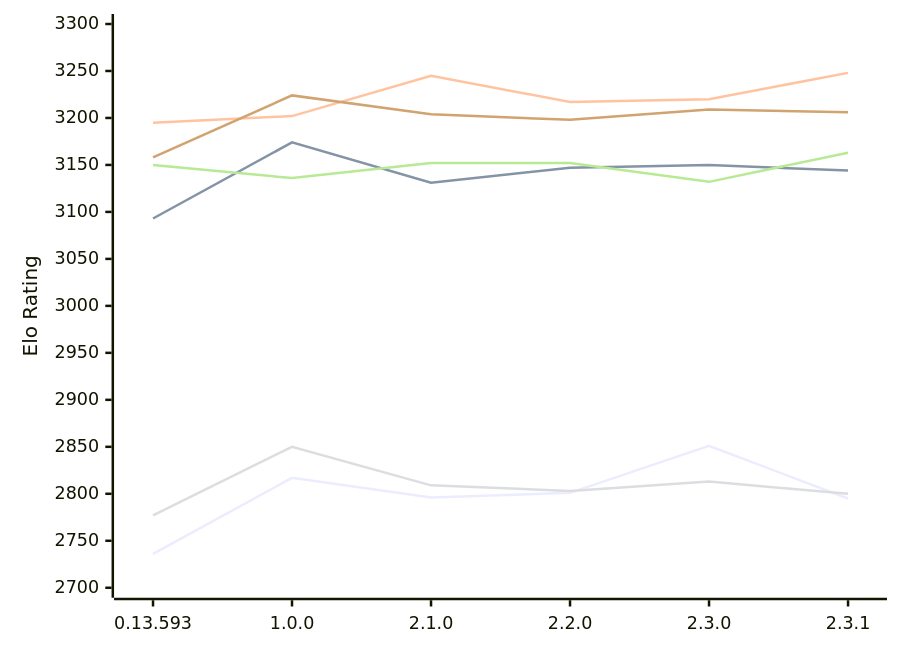
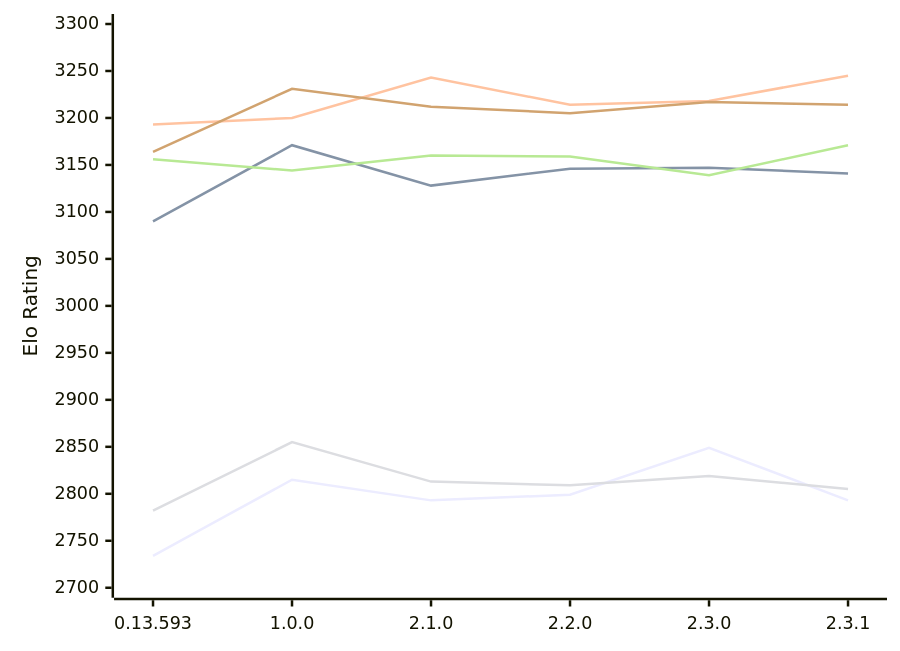
Before and after one commit to computer-chess-index/cci: the diagram in engines/Pawnstar.md, drawn with Mermaid. The commit also changed other lines of this file, not shown here.

Commit message:
Update CCI Ratings (ELO VLTC) - 2026-11-23

````diff
--- a/engines/Pawnstar.md
+++ b/engines/Pawnstar.md
@@ -57,12 +57,12 @@
 ```mermaid
 %%{init: {"theme":"base","themeVariables":{"seriesColors:['#a3a3a3','#222221','#faa371']}}}%%
 xychart-beta
   x-axis ["0.13.593", "1.0.0", "2.1.0", "2.2.0", "2.3.0", "2.3.1"]
   y-axis "Elo Rating" 2700 --> 3300
-  line "E1: STC (8.0+0.08s)" [2736, 2817, 2796, 2801, 2851, 2795]
-  line "E1: LTC (60.0+0.60s)" [3093, 3174, 3131, 3147, 3150, 3144]
-  line "E1: VLTC (2m24s+1.12s)" [3195, 3202, 3245, 3217, 3220, 3248]
-  line "P1: STC (8.0+0.08s)" [2777, 2850, 2809, 2803, 2813, 2800]
-  line "P1: LTC (60.0+0.60s)" [3150, 3136, 3152, 3152, 3132, 3163]
-  line "P1: VLTC (2m24s+1.12s)" [3158, 3224, 3204, 3198, 3209, 3206]
+  line "E1: STC (8.0+0.08s)" [2734, 2815, 2793, 2799, 2849, 2793]
+  line "E1: LTC (60.0+0.60s)" [3090, 3171, 3128, 3146, 3147, 3141]
+  line "E1: VLTC (2m24s+1.12s)" [3193, 3200, 3243, 3214, 3218, 3245]
+  line "P1: STC (8.0+0.08s)" [2782, 2855, 2813, 2809, 2819, 2805]
+  line "P1: LTC (60.0+0.60s)" [3156, 3144, 3160, 3159, 3139, 3171]
+  line "P1: VLTC (2m24s+1.12s)" [3164, 3231, 3212, 3205, 3217, 3214]
 ```
````
